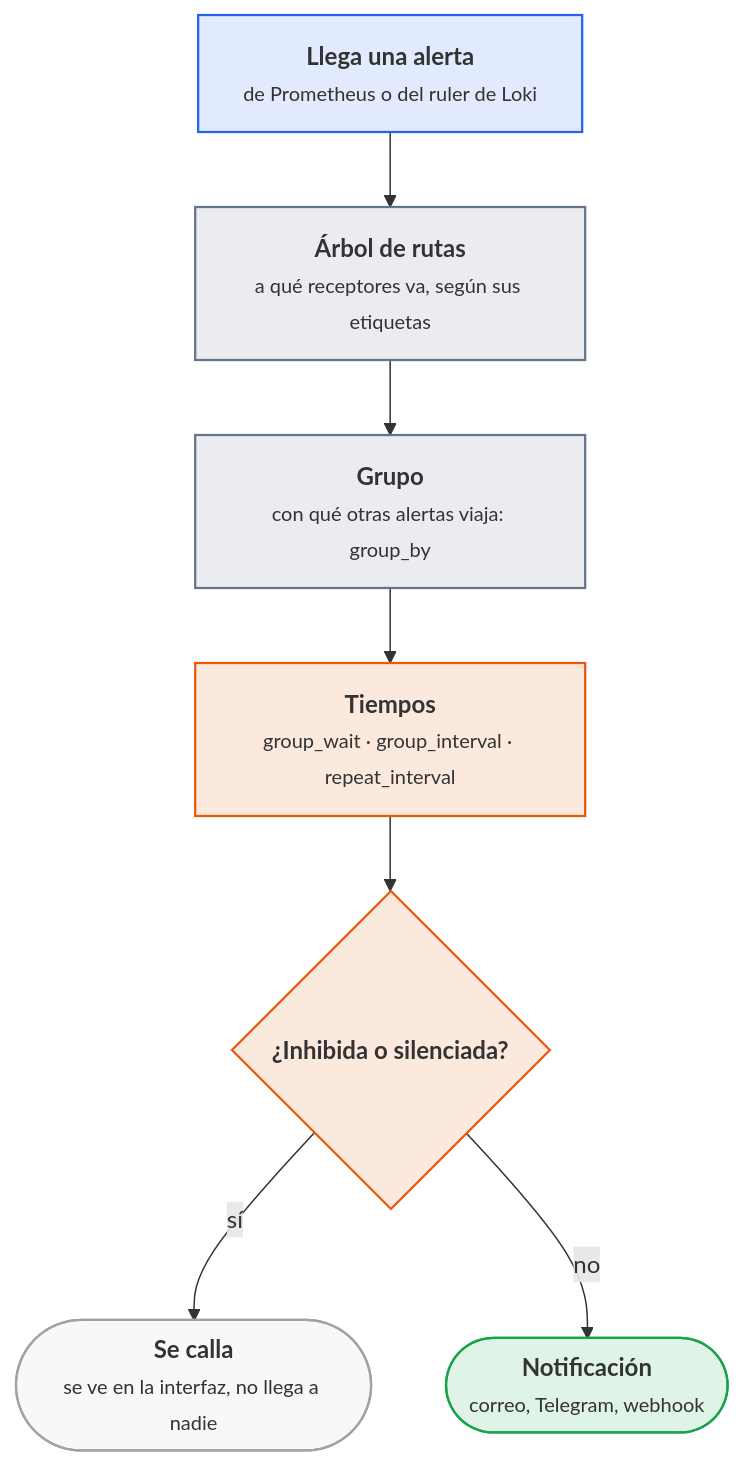
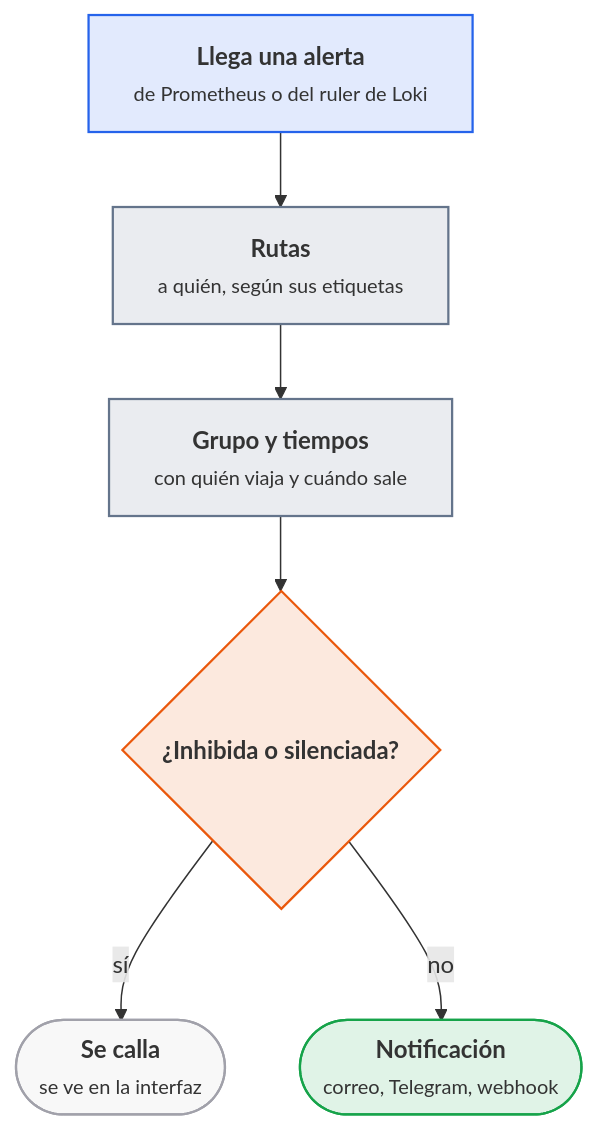
The third of 4 diagrams in docs/ut/ut2-alarmas.md (victor-educ/apuntes-5169), drawn with Mermaid before and after one commit. The commit also changed other lines of this file and 3 other files, not shown here.

````diff
--- a/docs/ut/ut2-alarmas.md
+++ b/docs/ut/ut2-alarmas.md
@@ -606,19 +605,17 @@
 ```mermaid
 flowchart TB
     IN["<b>Llega una alerta</b><br><small>de Prometheus o del ruler de Loki</small>"]:::dato
-    RU["<b>Árbol de rutas</b><br><small>a qué receptores va, según sus etiquetas</small>"]:::pieza
-    GR["<b>Grupo</b><br><small>con qué otras alertas viaja: group_by</small>"]:::pieza
-    TI["<b>Tiempos</b><br><small>group_wait · group_interval · repeat_interval</small>"]:::act
+    RU["<b>Rutas</b><br><small>a quién, según sus etiquetas</small>"]:::pieza
+    GR["<b>Grupo y tiempos</b><br><small>con quién viaja y cuándo sale</small>"]:::pieza
     IS{"<b>¿Inhibida o silenciada?</b>"}:::act
-    CA(["<b>Se calla</b><br><small>se ve en la interfaz, no llega a nadie</small>"]):::infra
+    CA(["<b>Se calla</b><br><small>se ve en la interfaz</small>"]):::infra
     NO(["<b>Notificación</b><br><small>correo, Telegram, webhook</small>"]):::ok
-    IN --> RU --> GR --> TI --> IS
+    IN --> RU --> GR --> IS
     IS -- "sí" --> CA
     IS -- "no" --> NO
     classDef act fill:#ea580c22,stroke:#ea580c,stroke-width:1.5px
     classDef pieza fill:#64748b22,stroke:#64748b,stroke-width:1.5px
     classDef dato fill:#2563eb22,stroke:#2563eb,stroke-width:1.5px
     classDef infra fill:#a1a1aa14,stroke:#a1a1aa,stroke-width:1.5px
     classDef ok fill:#16a34a22,stroke:#16a34a,stroke-width:1.5px
-    classDef riesgo fill:#dc262622,stroke:#dc2626,stroke-width:1.5px
 ```
````
